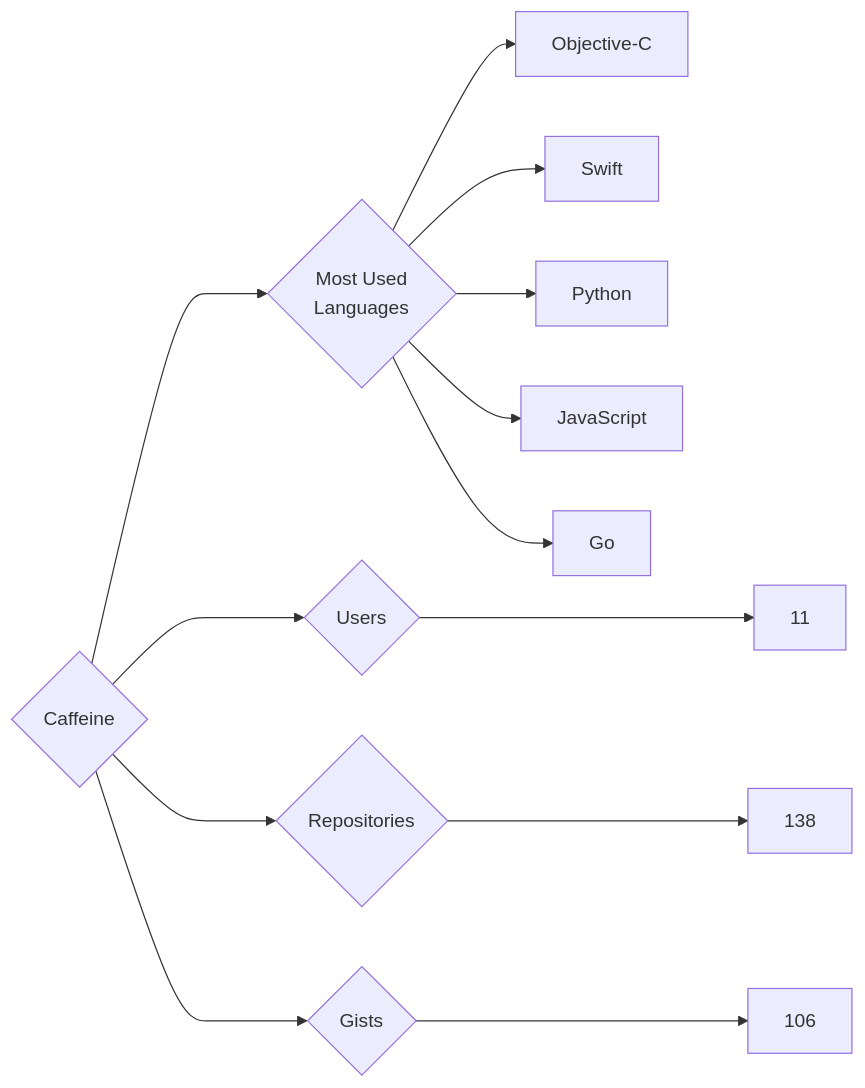
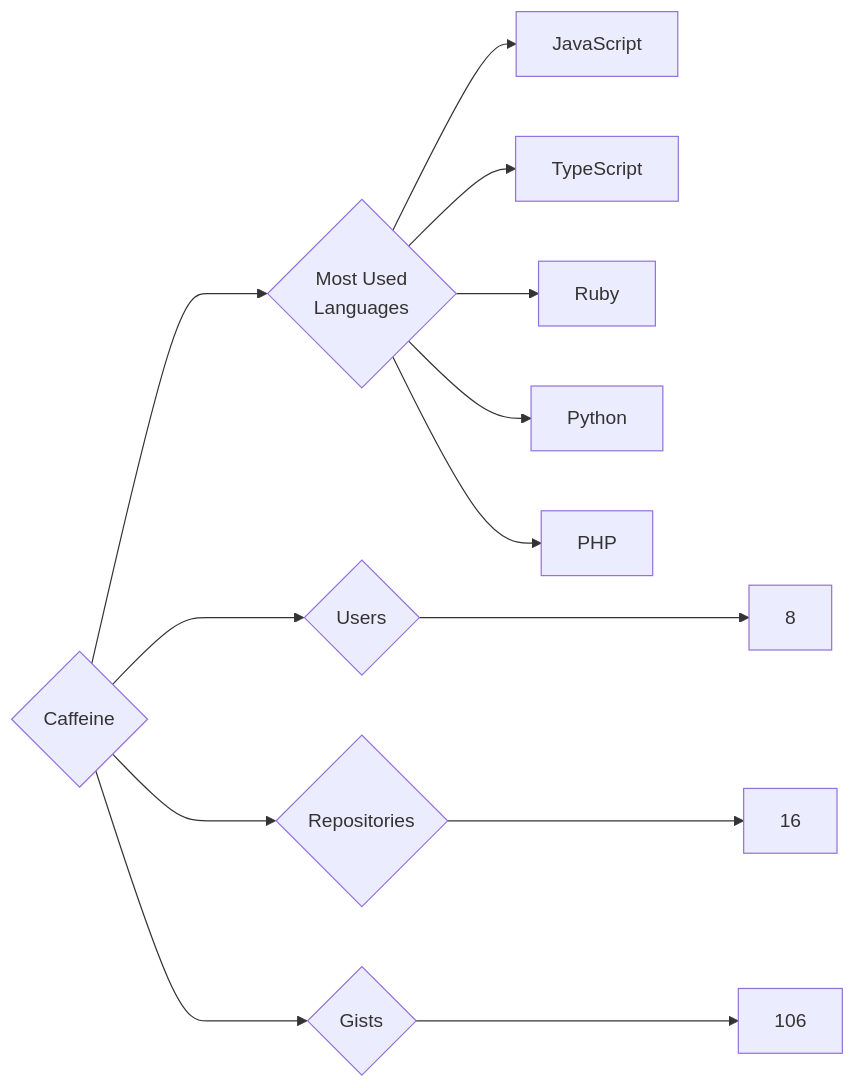
Before and after one commit to trickest/insiders: the diagram in targets/Caffeine/README.md, drawn with Mermaid. The commit also changed 951 other files, not shown here.

````diff
--- a/targets/Caffeine/README.md
+++ b/targets/Caffeine/README.md
@@ -3,13 +3,13 @@
 ```mermaid
 graph LR
 COMPANY_NAME{Caffeine}
-COMPANY_NAME ---> U{Users} ---> UN[11]
-COMPANY_NAME ---> R{Repositories} ---> RN[138]
+COMPANY_NAME ---> U{Users} ---> UN[8]
+COMPANY_NAME ---> R{Repositories} ---> RN[16]
 COMPANY_NAME ---> G{Gists} ---> GN[106]
 COMPANY_NAME ---> ML{Most Used<br>Languages}
-ML --> Objective-C[Objective-C]
-ML --> Swift[Swift]
+ML --> JavaScript[JavaScript]
+ML --> TypeScript[TypeScript]
+ML --> Ruby[Ruby]
 ML --> Python[Python]
-ML --> JavaScript[JavaScript]
-ML --> Go[Go]
+ML --> PHP[PHP]
 ```
````
